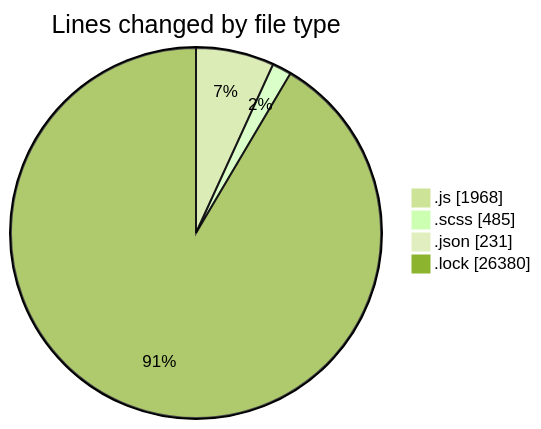
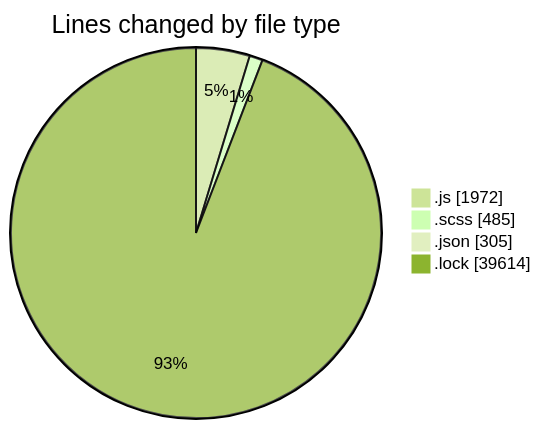
One commit to momahboobian/code-tracking changed the first of 2 diagrams in 2026-01-05/cda/README.md. Above: the diagram before and after it, drawn with Mermaid (forest theme). The commit also changed other lines of this file and 1 other file, not shown here.

````diff
--- a/2026-01-05/cda/README.md
+++ b/2026-01-05/cda/README.md
@@ -43,8 +45,8 @@
 ```mermaid
 pie showData
 title Lines changed by file type
-".js" : 1968
+".js" : 1972
 ".scss" : 485
-".json" : 231
-".lock" : 26380
+".json" : 305
+".lock" : 39614
 ```
````
